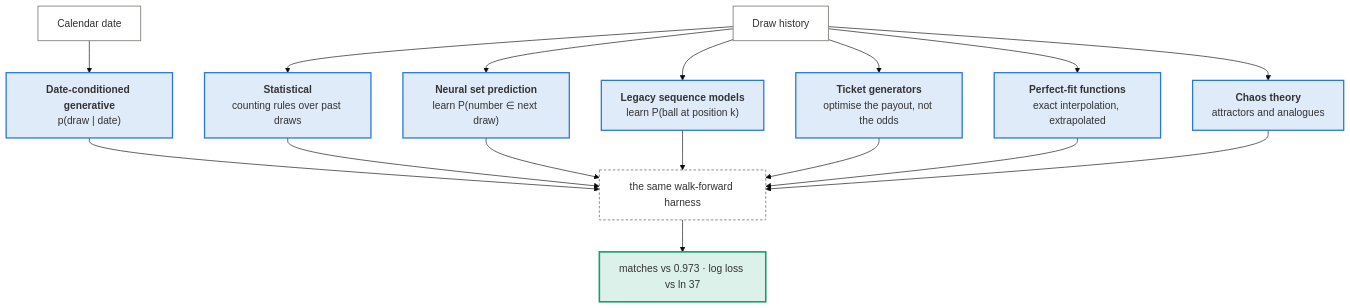
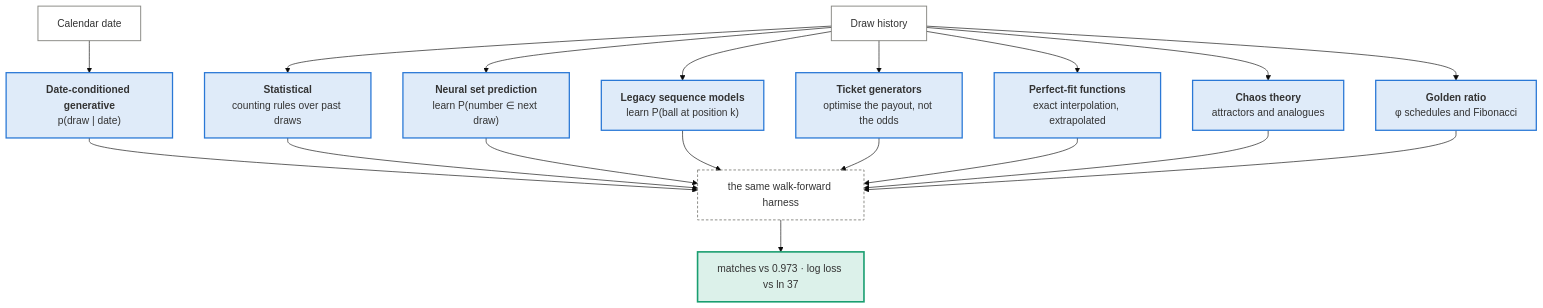
Before and after one commit to Timorleiderman/ILotto: the first of 2 diagrams in docs/approaches/index.md, drawn with Mermaid (base theme). The commit also changed other lines of this file and 16 other files, not shown here.

First line of the commit message:
The golden ratio: measured, inverted, and given its one honest job (#13)

````diff
--- a/docs/approaches/index.md
+++ b/docs/approaches/index.md
@@ -6,29 +6,31 @@
 ```mermaid
 flowchart TB
   H["Draw history"] --> S["<b>Statistical</b><br/>counting rules over past draws"]
   H --> N["<b>Neural set prediction</b><br/>learn P(number ∈ next draw)"]
   H --> L["<b>Legacy sequence models</b><br/>learn P(ball at position k)"]
   H --> G["<b>Ticket generators</b><br/>optimise the payout, not the odds"]
   CAL["Calendar date"] --> DC["<b>Date-conditioned generative</b><br/>p(draw | date)"]
   H --> PF["<b>Perfect-fit functions</b><br/>exact interpolation, extrapolated"]
   H --> CH["<b>Chaos theory</b><br/>attractors and analogues"]
+  H --> GR["<b>Golden ratio</b><br/>φ schedules and Fibonacci"]
 
   S --> B["the same walk-forward harness"]
   DC --> B
   PF --> B
   CH --> B
+  GR --> B
   N --> B
   L --> B
   G --> B
   B --> V["matches vs 0.973 · log loss vs ln 37"]
 
   class H,CAL data
-  class S,N,L,G,DC,PF,CH learn
+  class S,N,L,G,DC,PF,CH,GR learn
   class B op
   class V out
   classDef data fill:none,stroke:#8a8a85,stroke-width:1.5px
   classDef learn fill:#2a78d626,stroke:#2a78d6,stroke-width:2px
   classDef op fill:none,stroke:#8a8a85,stroke-width:1.5px,stroke-dasharray:4 3
   classDef out fill:#199e7026,stroke:#199e70,stroke-width:2.5px
   classDef flaw fill:#e3494826,stroke:#e34948,stroke-width:3px
 ```
````
